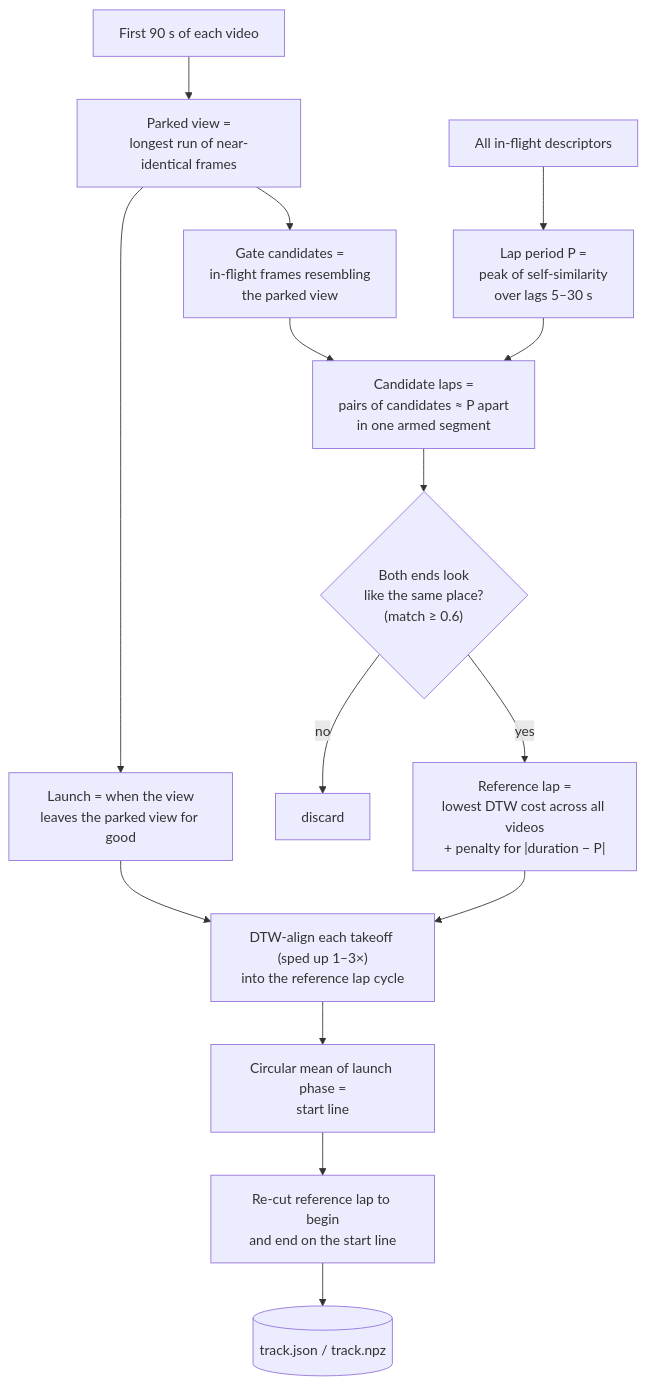
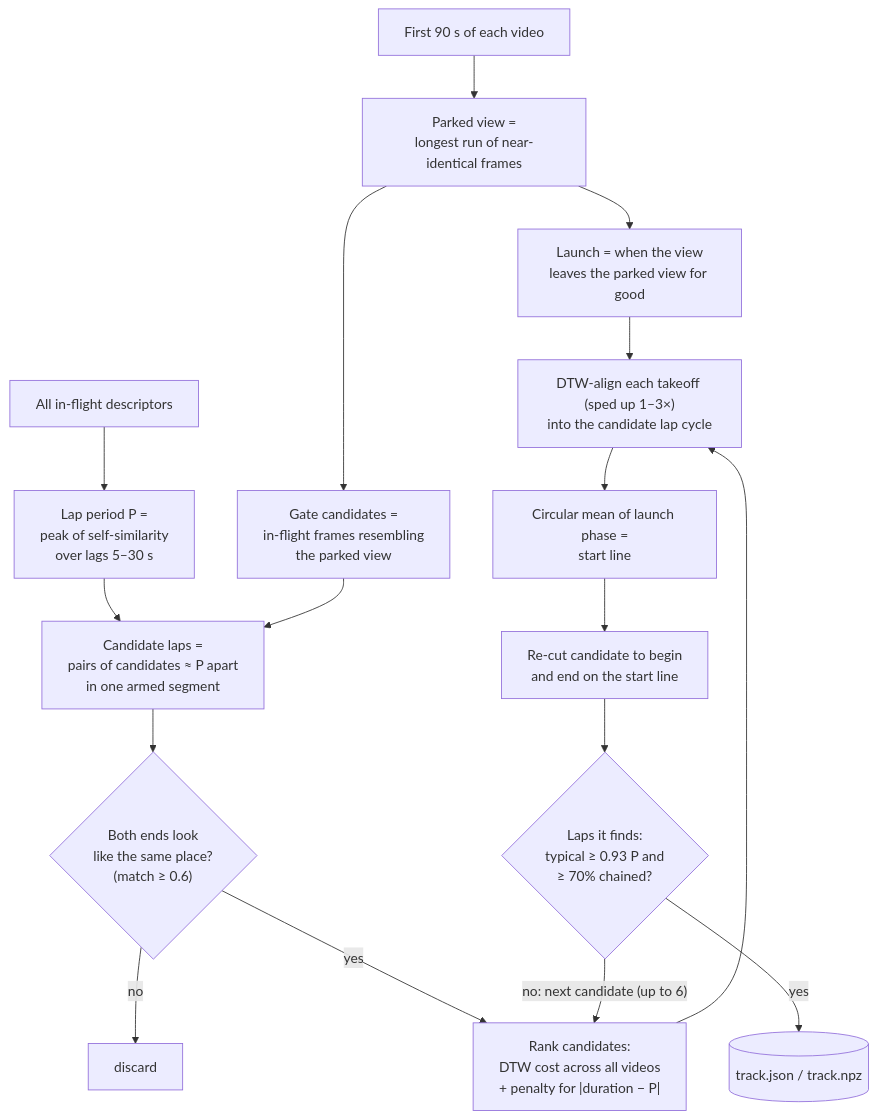
One commit to irom77/Racegow changed the sixth of 9 diagrams in skills/fpv-best-laps/README.md. Above: the diagram before and after it, drawn with Mermaid. The commit also changed other lines of this file and 6 other files, not shown here.

First line of the commit message:
Reject shortcut laps and check the reference lap

````diff
--- a/skills/fpv-best-laps/README.md
+++ b/skills/fpv-best-laps/README.md
@@ -376,17 +376,19 @@
 ```mermaid
 flowchart TB
     A["First 90 s of each video"] --> B["Parked view =<br/>longest run of near-identical frames"]
     B --> C["Launch = when the view<br/>leaves the parked view for good"]
     D["All in-flight descriptors"] --> E["Lap period P =<br/>peak of self-similarity<br/>over lags 5–30 s"]
     B --> F["Gate candidates =<br/>in-flight frames resembling<br/>the parked view"]
     E --> G["Candidate laps =<br/>pairs of candidates ≈ P apart<br/>in one armed segment"]
     F --> G
     G --> H{"Both ends look<br/>like the same place?<br/>(match ≥ 0.6)"}
     H -- no --> X["discard"]
-    H -- yes --> I["Reference lap =<br/>lowest DTW cost across all videos<br/>+ penalty for |duration − P|"]
-    C --> J["DTW-align each takeoff (sped up 1–3×)<br/>into the reference lap cycle"]
+    H -- yes --> I["Rank candidates:<br/>DTW cost across all videos<br/>+ penalty for |duration − P|"]
+    C --> J["DTW-align each takeoff (sped up 1–3×)<br/>into the candidate lap cycle"]
     I --> J
     J --> K["Circular mean of launch phase =<br/>start line"]
-    K --> L["Re-cut reference lap to begin<br/>and end on the start line"]
-    L --> M[("track.json / track.npz")]
+    K --> L["Re-cut candidate to begin<br/>and end on the start line"]
+    L --> T{"Laps it finds:<br/>typical ≥ 0.93 P and<br/>≥ 70% chained?"}
+    T -- "no: next candidate (up to 6)" --> I
+    T -- yes --> M[("track.json / track.npz")]
 ```
````
